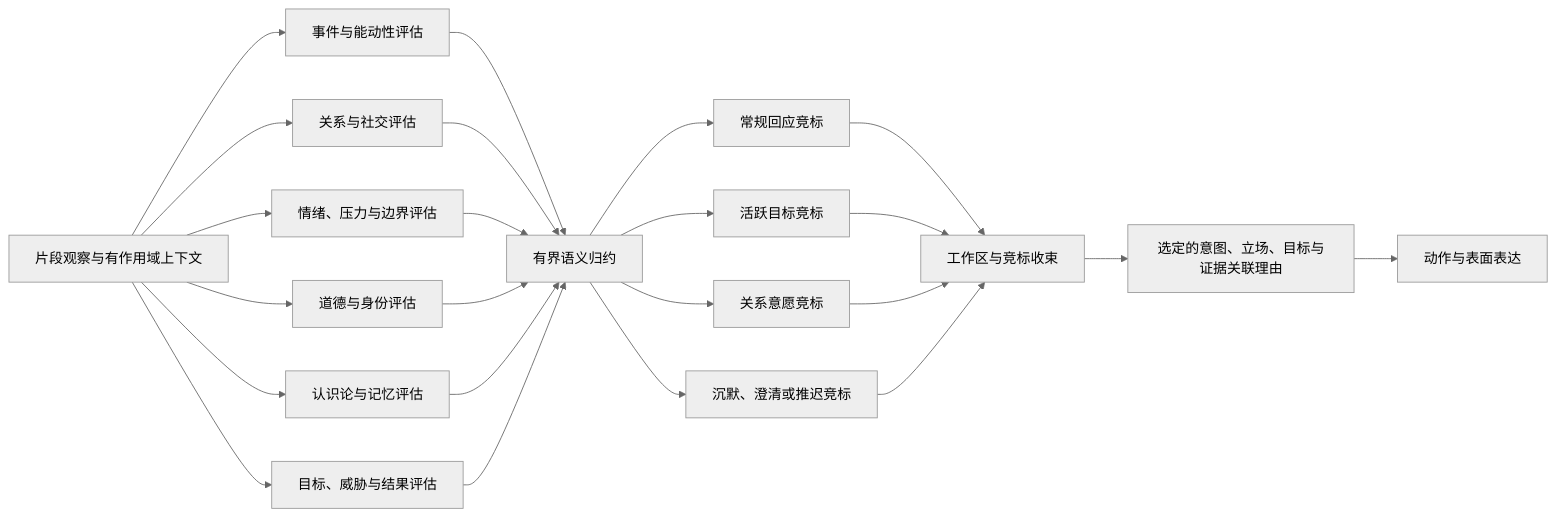
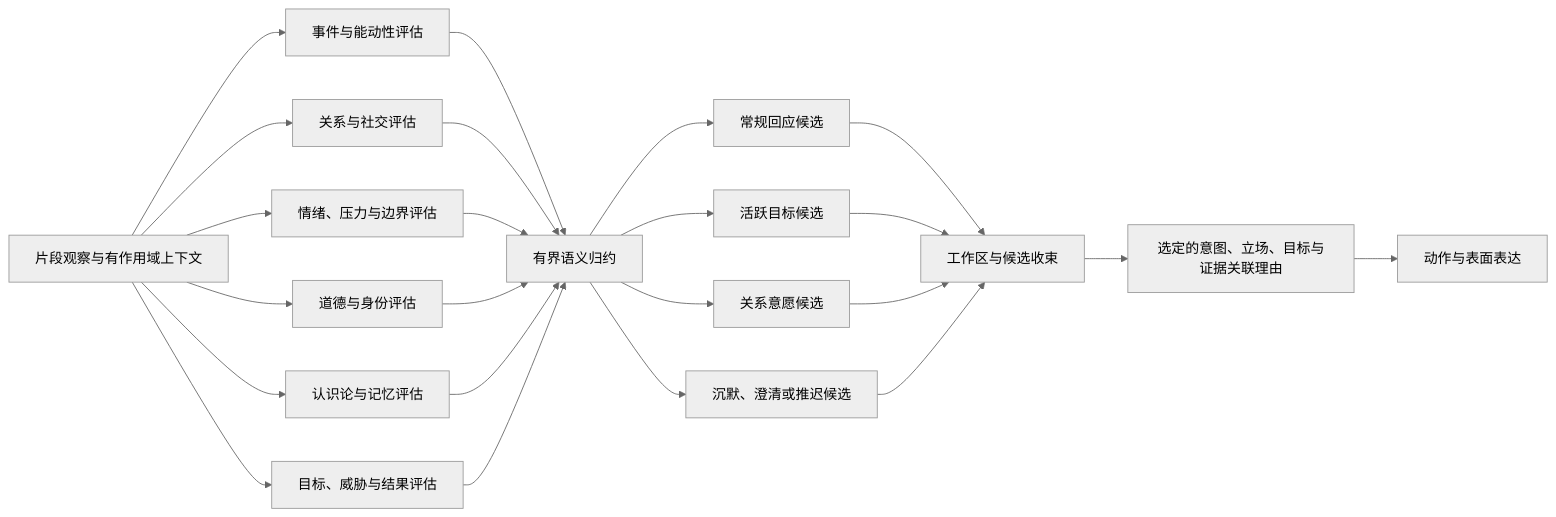
Before and after one commit to eamars/KazusaAIChatbot: the second of 5 diagrams in docs/architecture/explicit_cognitive_trajectory_architecture_zh-CN.md, drawn with Mermaid (neutral theme). The commit also changed other lines of this file and 5 other files, not shown here.

````diff
--- a/docs/architecture/explicit_cognitive_trajectory_architecture_zh-CN.md
+++ b/docs/architecture/explicit_cognitive_trajectory_architecture_zh-CN.md
@@ -182,29 +182,29 @@
 ```mermaid
 flowchart LR
     O["片段观察与有作用域上下文"] --> A["事件与能动性评估"]
     O --> B["关系与社交评估"]
     O --> C["情绪、压力与边界评估"]
     O --> D["道德与身份评估"]
     O --> E["认识论与记忆评估"]
     O --> F["目标、威胁与结果评估"]
 
     A --> R["有界语义归约"]
     B --> R
     C --> R
     D --> R
     E --> R
     F --> R
 
-    R --> G1["常规回应竞标"]
-    R --> G2["活跃目标竞标"]
-    R --> G3["关系意愿竞标"]
-    R --> G4["沉默、澄清或推迟竞标"]
+    R --> G1["常规回应候选"]
+    R --> G2["活跃目标候选"]
+    R --> G3["关系意愿候选"]
+    R --> G4["沉默、澄清或推迟候选"]
 
-    G1 --> W["工作区与竞标收束"]
+    G1 --> W["工作区与候选收束"]
     G2 --> W
     G3 --> W
     G4 --> W
 
     W --> I["选定的意图、立场、目标与证据关联理由"]
     I --> X["动作与表面表达"]
 ```
````
